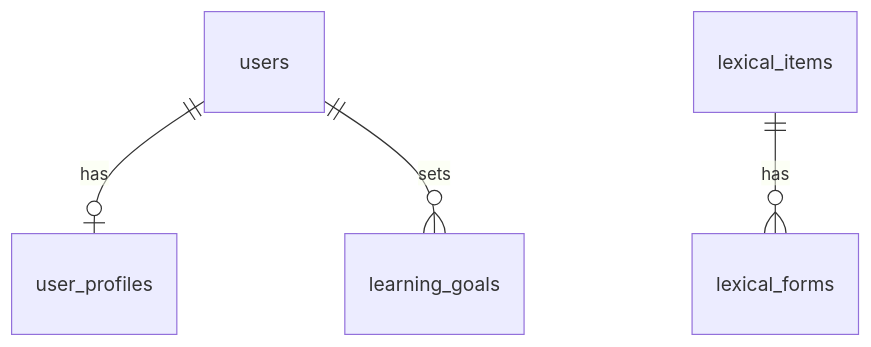
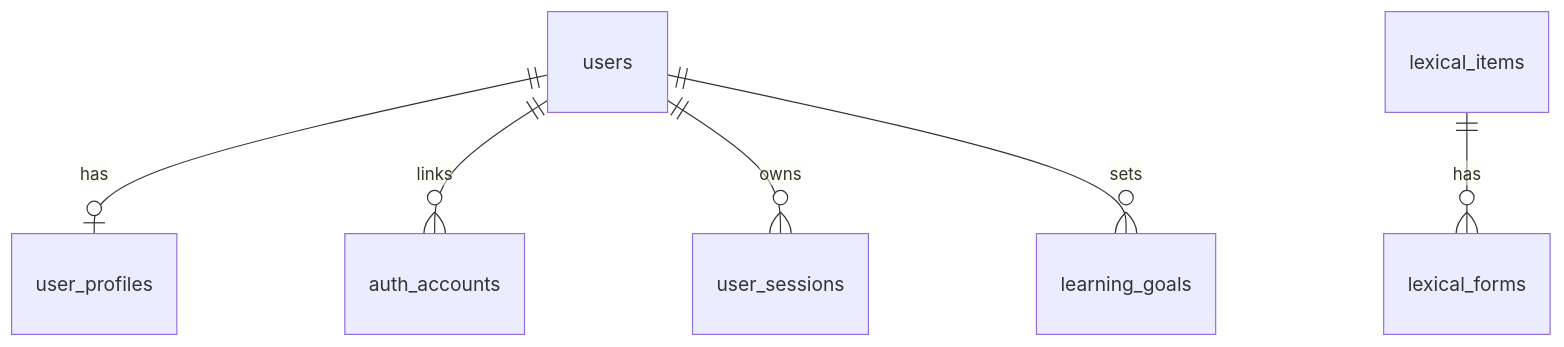
The diagram in docs/project/05-db-schema.md (yylzhixian/hskwise), drawn with Mermaid before and after one commit. The commit also changed other lines of this file and 18 other files, not shown here.

````diff
--- a/docs/project/05-db-schema.md
+++ b/docs/project/05-db-schema.md
@@ -195,6 +96,8 @@
 ```mermaid
 erDiagram
   users ||--o| user_profiles : has
+  users ||--o{ auth_accounts : links
+  users ||--o{ user_sessions : owns
   users ||--o{ learning_goals : sets
   lexical_items ||--o{ lexical_forms : has
 ```
````
